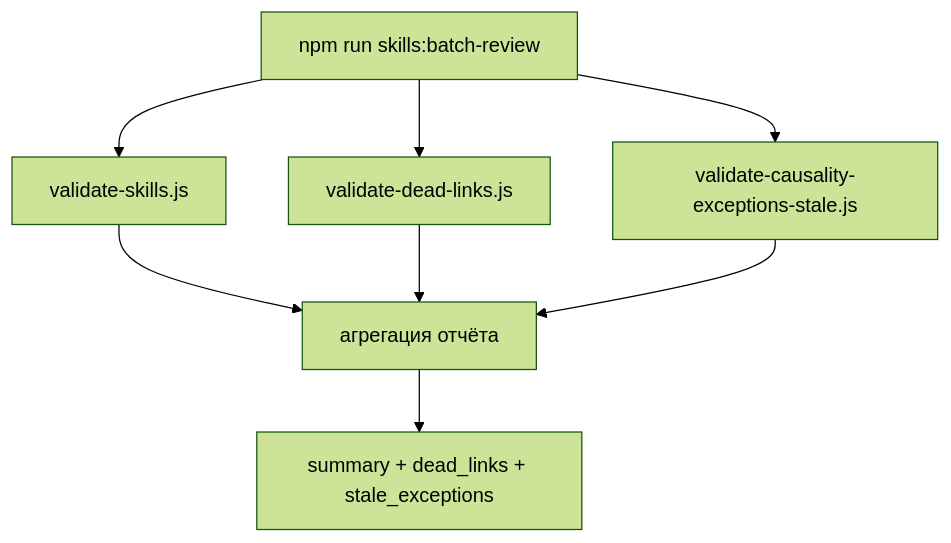
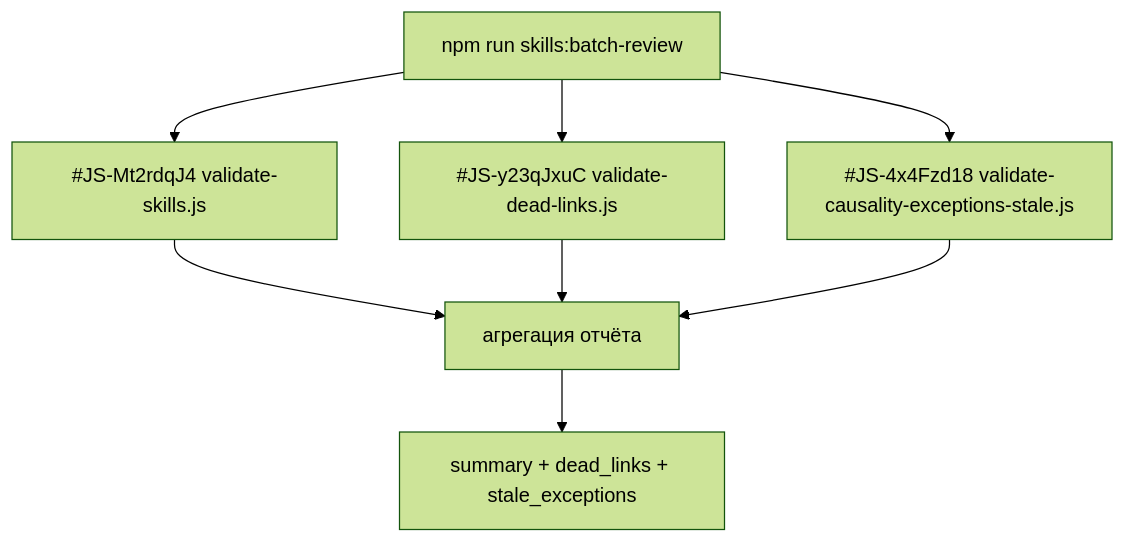
One commit to aoponomarev/mmb changed the sixth of 6 diagrams in docs/ais/ais-anti-staleness.md. Above: the diagram before and after it, drawn with Mermaid (forest theme). The commit also changed other lines of this file and 31 other files, not shown here.

First line of the commit message:
chore(docs): remove dead-links-unique.txt and update documentation references

````diff
--- a/docs/ais/ais-anti-staleness.md
+++ b/docs/ais/ais-anti-staleness.md
@@ -181,11 +181,11 @@
 ```mermaid
 flowchart TB
     SBR[npm run skills:batch-review]
-    SBR --> VS[validate-skills.js]
-    SBR --> VDL[validate-dead-links.js]
-    SBR --> VCES[validate-causality-exceptions-stale.js]
+    SBR --> VS[#JS-Mt2rdqJ4 validate-skills.js]
+    SBR --> VDL[#JS-y23qJxuC validate-dead-links.js]
+    SBR --> VCES[#JS-4x4Fzd18 validate-causality-exceptions-stale.js]
     VS --> AGG[агрегация отчёта]
     VDL --> AGG
     VCES --> AGG
     AGG --> OUT[summary + dead_links + stale_exceptions]
 ```
````
